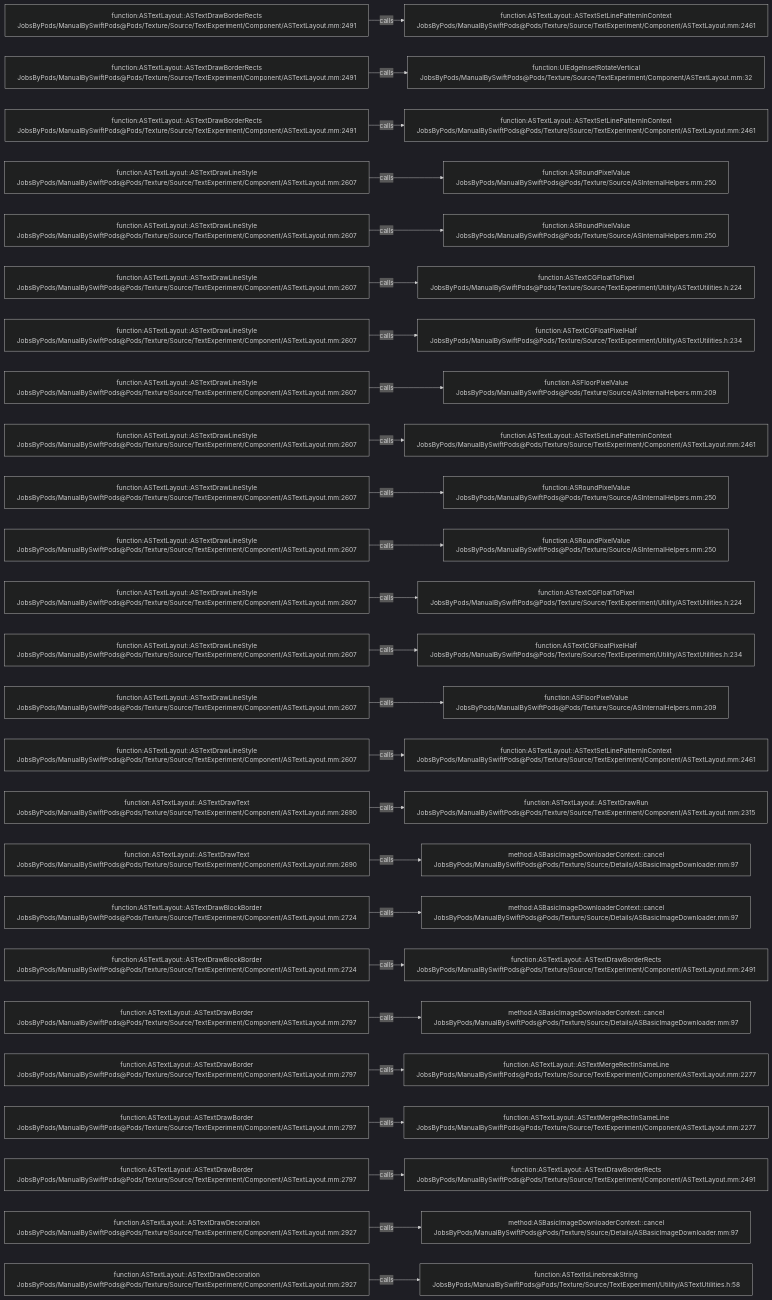
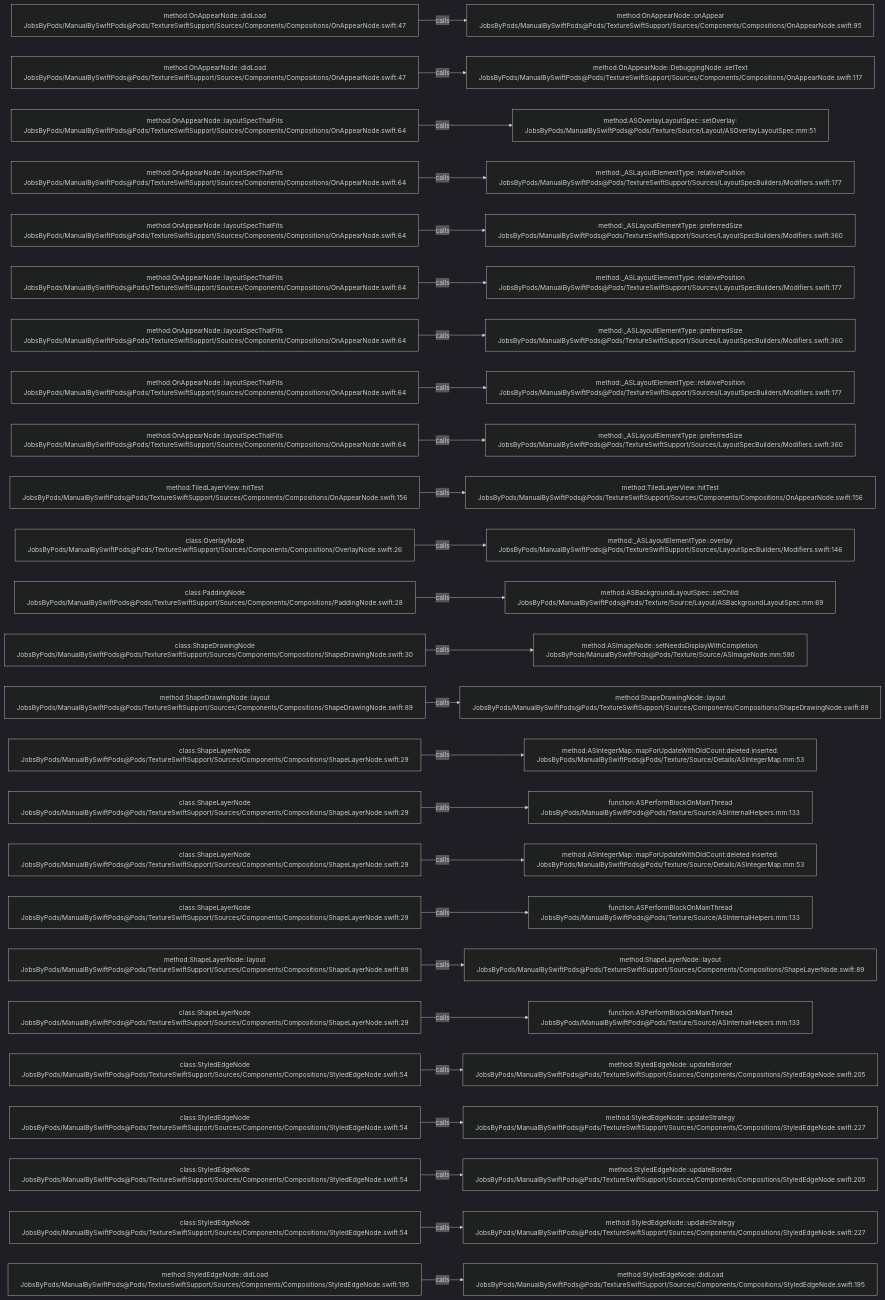
One commit to JobsKits/JobsSwiftBaseConfigDemo changed the diagram in .codegraph/codegraph.md/graphs/calls-154.md. Above: the diagram before and after it, drawn with Mermaid (dark theme). The commit also changed 832 other files, not shown here.

````diff
--- a/.codegraph/codegraph.md/graphs/calls-154.md
+++ b/.codegraph/codegraph.md/graphs/calls-154.md
@@ -13,78 +13,78 @@
 ```mermaid
 flowchart LR
-  S1["function:ASTextLayout::ASTextDrawBorderRects<br/>JobsByPods/ManualBySwiftPods@Pods/Texture/Source/TextExperiment/Component/ASTextLayout.mm:2491"]
-  T1["function:ASTextLayout::ASTextSetLinePatternInContext<br/>JobsByPods/ManualBySwiftPods@Pods/Texture/Source/TextExperiment/Component/ASTextLayout.mm:2461"]
+  S1["method:OnAppearNode::didLoad<br/>JobsByPods/ManualBySwiftPods@Pods/TextureSwiftSupport/Sources/Components/Compositions/OnAppearNode.swift:47"]
+  T1["method:OnAppearNode::onAppear<br/>JobsByPods/ManualBySwiftPods@Pods/TextureSwiftSupport/Sources/Components/Compositions/OnAppearNode.swift:95"]
   S1 -->|calls| T1
-  S2["function:ASTextLayout::ASTextDrawBorderRects<br/>JobsByPods/ManualBySwiftPods@Pods/Texture/Source/TextExperiment/Component/ASTextLayout.mm:2491"]
-  T2["function:UIEdgeInsetRotateVertical<br/>JobsByPods/ManualBySwiftPods@Pods/Texture/Source/TextExperiment/Component/ASTextLayout.mm:32"]
+  S2["method:OnAppearNode::didLoad<br/>JobsByPods/ManualBySwiftPods@Pods/TextureSwiftSupport/Sources/Components/Compositions/OnAppearNode.swift:47"]
+  T2["method:OnAppearNode::DebuggingNode::setText<br/>JobsByPods/ManualBySwiftPods@Pods/TextureSwiftSupport/Sources/Components/Compositions/OnAppearNode.swift:117"]
   S2 -->|calls| T2
-  S3["function:ASTextLayout::ASTextDrawBorderRects<br/>JobsByPods/ManualBySwiftPods@Pods/Texture/Source/TextExperiment/Component/ASTextLayout.mm:2491"]
-  T3["function:ASTextLayout::ASTextSetLinePatternInContext<br/>JobsByPods/ManualBySwiftPods@Pods/Texture/Source/TextExperiment/Component/ASTextLayout.mm:2461"]
+  S3["method:OnAppearNode::layoutSpecThatFits<br/>JobsByPods/ManualBySwiftPods@Pods/TextureSwiftSupport/Sources/Components/Compositions/OnAppearNode.swift:64"]
+  T3["method:ASOverlayLayoutSpec::setOverlay:<br/>JobsByPods/ManualBySwiftPods@Pods/Texture/Source/Layout/ASOverlayLayoutSpec.mm:51"]
   S3 -->|calls| T3
-  S4["function:ASTextLayout::ASTextDrawLineStyle<br/>JobsByPods/ManualBySwiftPods@Pods/Texture/Source/TextExperiment/Component/ASTextLayout.mm:2607"]
-  T4["function:ASRoundPixelValue<br/>JobsByPods/ManualBySwiftPods@Pods/Texture/Source/ASInternalHelpers.mm:250"]
+  S4["method:OnAppearNode::layoutSpecThatFits<br/>JobsByPods/ManualBySwiftPods@Pods/TextureSwiftSupport/Sources/Components/Compositions/OnAppearNode.swift:64"]
+  T4["method:_ASLayoutElementType::relativePosition<br/>JobsByPods/ManualBySwiftPods@Pods/TextureSwiftSupport/Sources/LayoutSpecBuilders/Modifiers.swift:177"]
   S4 -->|calls| T4
-  S5["function:ASTextLayout::ASTextDrawLineStyle<br/>JobsByPods/ManualBySwiftPods@Pods/Texture/Source/TextExperiment/Component/ASTextLayout.mm:2607"]
-  T5["function:ASRoundPixelValue<br/>JobsByPods/ManualBySwiftPods@Pods/Texture/Source/ASInternalHelpers.mm:250"]
+  S5["method:OnAppearNode::layoutSpecThatFits<br/>JobsByPods/ManualBySwiftPods@Pods/TextureSwiftSupport/Sources/Components/Compositions/OnAppearNode.swift:64"]
+  T5["method:_ASLayoutElementType::preferredSize<br/>JobsByPods/ManualBySwiftPods@Pods/TextureSwiftSupport/Sources/LayoutSpecBuilders/Modifiers.swift:360"]
   S5 -->|calls| T5
-  S6["function:ASTextLayout::ASTextDrawLineStyle<br/>JobsByPods/ManualBySwiftPods@Pods/Texture/Source/TextExperiment/Component/ASTextLayout.mm:2607"]
-  T6["function:ASTextCGFloatToPixel<br/>JobsByPods/ManualBySwiftPods@Pods/Texture/Source/TextExperiment/Utility/ASTextUtilities.h:224"]
+  S6["method:OnAppearNode::layoutSpecThatFits<br/>JobsByPods/ManualBySwiftPods@Pods/TextureSwiftSupport/Sources/Components/Compositions/OnAppearNode.swift:64"]
+  T6["method:_ASLayoutElementType::relativePosition<br/>JobsByPods/ManualBySwiftPods@Pods/TextureSwiftSupport/Sources/LayoutSpecBuilders/Modifiers.swift:177"]
   S6 -->|calls| T6
-  S7["function:ASTextLayout::ASTextDrawLineStyle<br/>JobsByPods/ManualBySwiftPods@Pods/Texture/Source/TextExperiment/Component/ASTextLayout.mm:2607"]
-  T7["function:ASTextCGFloatPixelHalf<br/>JobsByPods/ManualBySwiftPods@Pods/Texture/Source/TextExperiment/Utility/ASTextUtilities.h:234"]
+  S7["method:OnAppearNode::layoutSpecThatFits<br/>JobsByPods/ManualBySwiftPods@Pods/TextureSwiftSupport/Sources/Components/Compositions/OnAppearNode.swift:64"]
+  T7["method:_ASLayoutElementType::preferredSize<br/>JobsByPods/ManualBySwiftPods@Pods/TextureSwiftSupport/Sources/LayoutSpecBuilders/Modifiers.swift:360"]
   S7 -->|calls| T7
-  S8["function:ASTextLayout::ASTextDrawLineStyle<br/>JobsByPods/ManualBySwiftPods@Pods/Texture/Source/TextExperiment/Component/ASTextLayout.mm:2607"]
-  T8["function:ASFloorPixelValue<br/>JobsByPods/ManualBySwiftPods@Pods/Texture/Source/ASInternalHelpers.mm:209"]
+  S8["method:OnAppearNode::layoutSpecThatFits<br/>JobsByPods/ManualBySwiftPods@Pods/TextureSwiftSupport/Sources/Components/Compositions/OnAppearNode.swift:64"]
+  T8["method:_ASLayoutElementType::relativePosition<br/>JobsByPods/ManualBySwiftPods@Pods/TextureSwiftSupport/Sources/LayoutSpecBuilders/Modifiers.swift:177"]
   S8 -->|calls| T8
-  S9["function:ASTextLayout::ASTextDrawLineStyle<br/>JobsByPods/ManualBySwiftPods@Pods/Texture/Source/TextExperiment/Component/ASTextLayout.mm:2607"]
-  T9["function:ASTextLayout::ASTextSetLinePatternInContext<br/>JobsByPods/ManualBySwiftPods@Pods/Texture/Source/TextExperiment/Component/ASTextLayout.mm:2461"]
+  S9["method:OnAppearNode::layoutSpecThatFits<br/>JobsByPods/ManualBySwiftPods@Pods/TextureSwiftSupport/Sources/Components/Compositions/OnAppearNode.swift:64"]
+  T9["method:_ASLayoutElementType::preferredSize<br/>JobsByPods/ManualBySwiftPods@Pods/TextureSwiftSupport/Sources/LayoutSpecBuilders/Modifiers.swift:360"]
   S9 -->|calls| T9
-  S10["function:ASTextLayout::ASTextDrawLineStyle<br/>JobsByPods/ManualBySwiftPods@Pods/Texture/Source/TextExperiment/Component/ASTextLayout.mm:2607"]
-  T10["function:ASRoundPixelValue<br/>JobsByPods/ManualBySwiftPods@Pods/Texture/Source/ASInternalHelpers.mm:250"]
+  S10["method:TiledLayerView::hitTest<br/>JobsByPods/ManualBySwiftPods@Pods/TextureSwiftSupport/Sources/Components/Compositions/OnAppearNode.swift:156"]
+  T10["method:TiledLayerView::hitTest<br/>JobsByPods/ManualBySwiftPods@Pods/TextureSwiftSupport/Sources/Components/Compositions/OnAppearNode.swift:156"]
   S10 -->|calls| T10
-  S11["function:ASTextLayout::ASTextDrawLineStyle<br/>JobsByPods/ManualBySwiftPods@Pods/Texture/Source/TextExperiment/Component/ASTextLayout.mm:2607"]
-  T11["function:ASRoundPixelValue<br/>JobsByPods/ManualBySwiftPods@Pods/Texture/Source/ASInternalHelpers.mm:250"]
+  S11["class:OverlayNode<br/>JobsByPods/ManualBySwiftPods@Pods/TextureSwiftSupport/Sources/Components/Compositions/OverlayNode.swift:26"]
+  T11["method:_ASLayoutElementType::overlay<br/>JobsByPods/ManualBySwiftPods@Pods/TextureSwiftSupport/Sources/LayoutSpecBuilders/Modifiers.swift:146"]
   S11 -->|calls| T11
-  S12["function:ASTextLayout::ASTextDrawLineStyle<br/>JobsByPods/ManualBySwiftPods@Pods/Texture/Source/TextExperiment/Component/ASTextLayout.mm:2607"]
-  T12["function:ASTextCGFloatToPixel<br/>JobsByPods/ManualBySwiftPods@Pods/Texture/Source/TextExperiment/Utility/ASTextUtilities.h:224"]
+  S12["class:PaddingNode<br/>JobsByPods/ManualBySwiftPods@Pods/TextureSwiftSupport/Sources/Components/Compositions/PaddingNode.swift:28"]
+  T12["method:ASBackgroundLayoutSpec::setChild:<br/>JobsByPods/ManualBySwiftPods@Pods/Texture/Source/Layout/ASBackgroundLayoutSpec.mm:69"]
   S12 -->|calls| T12
-  S13["function:ASTextLayout::ASTextDrawLineStyle<br/>JobsByPods/ManualBySwiftPods@Pods/Texture/Source/TextExperiment/Component/ASTextLayout.mm:2607"]
-  T13["function:ASTextCGFloatPixelHalf<br/>JobsByPods/ManualBySwiftPods@Pods/Texture/Source/TextExperiment/Utility/ASTextUtilities.h:234"]
+  S13["class:ShapeDrawingNode<br/>JobsByPods/ManualBySwiftPods@Pods/TextureSwiftSupport/Sources/Components/Compositions/ShapeDrawingNode.swift:30"]
+  T13["method:ASImageNode::setNeedsDisplayWithCompletion:<br/>JobsByPods/ManualBySwiftPods@Pods/Texture/Source/ASImageNode.mm:590"]
   S13 -->|calls| T13
-  S14["function:ASTextLayout::ASTextDrawLineStyle<br/>JobsByPods/ManualBySwiftPods@Pods/Texture/Source/TextExperiment/Component/ASTextLayout.mm:2607"]
-  T14["function:ASFloorPixelValue<br/>JobsByPods/ManualBySwiftPods@Pods/Texture/Source/ASInternalHelpers.mm:209"]
+  S14["method:ShapeDrawingNode::layout<br/>JobsByPods/ManualBySwiftPods@Pods/TextureSwiftSupport/Sources/Components/Compositions/ShapeDrawingNode.swift:89"]
+  T14["method:ShapeDrawingNode::layout<br/>JobsByPods/ManualBySwiftPods@Pods/TextureSwiftSupport/Sources/Components/Compositions/ShapeDrawingNode.swift:89"]
   S14 -->|calls| T14
-  S15["function:ASTextLayout::ASTextDrawLineStyle<br/>JobsByPods/ManualBySwiftPods@Pods/Texture/Source/TextExperiment/Component/ASTextLayout.mm:2607"]
-  T15["function:ASTextLayout::ASTextSetLinePatternInContext<br/>JobsByPods/ManualBySwiftPods@Pods/Texture/Source/TextExperiment/Component/ASTextLayout.mm:2461"]
+  S15["class:ShapeLayerNode<br/>JobsByPods/ManualBySwiftPods@Pods/TextureSwiftSupport/Sources/Components/Compositions/ShapeLayerNode.swift:29"]
+  T15["method:ASIntegerMap::mapForUpdateWithOldCount:deleted:inserted:<br/>JobsByPods/ManualBySwiftPods@Pods/Texture/Source/Details/ASIntegerMap.mm:53"]
   S15 -->|calls| T15
-  S16["function:ASTextLayout::ASTextDrawText<br/>JobsByPods/ManualBySwiftPods@Pods/Texture/Source/TextExperiment/Component/ASTextLayout.mm:2690"]
-  T16["function:ASTextLayout::ASTextDrawRun<br/>JobsByPods/ManualBySwiftPods@Pods/Texture/Source/TextExperiment/Component/ASTextLayout.mm:2315"]
+  S16["class:ShapeLayerNode<br/>JobsByPods/ManualBySwiftPods@Pods/TextureSwiftSupport/Sources/Components/Compositions/ShapeLayerNode.swift:29"]
+  T16["function:ASPerformBlockOnMainThread<br/>JobsByPods/ManualBySwiftPods@Pods/Texture/Source/ASInternalHelpers.mm:133"]
   S16 -->|calls| T16
-  S17["function:ASTextLayout::ASTextDrawText<br/>JobsByPods/ManualBySwiftPods@Pods/Texture/Source/TextExperiment/Component/ASTextLayout.mm:2690"]
-  T17["method:ASBasicImageDownloaderContext::cancel<br/>JobsByPods/ManualBySwiftPods@Pods/Texture/Source/Details/ASBasicImageDownloader.mm:97"]
+  S17["class:ShapeLayerNode<br/>JobsByPods/ManualBySwiftPods@Pods/TextureSwiftSupport/Sources/Components/Compositions/ShapeLayerNode.swift:29"]
+  T17["method:ASIntegerMap::mapForUpdateWithOldCount:deleted:inserted:<br/>JobsByPods/ManualBySwiftPods@Pods/Texture/Source/Details/ASIntegerMap.mm:53"]
   S17 -->|calls| T17
-  S18["function:ASTextLayout::ASTextDrawBlockBorder<br/>JobsByPods/ManualBySwiftPods@Pods/Texture/Source/TextExperiment/Component/ASTextLayout.mm:2724"]
-  T18["method:ASBasicImageDownloaderContext::cancel<br/>JobsByPods/ManualBySwiftPods@Pods/Texture/Source/Details/ASBasicImageDownloader.mm:97"]
+  S18["class:ShapeLayerNode<br/>JobsByPods/ManualBySwiftPods@Pods/TextureSwiftSupport/Sources/Components/Compositions/ShapeLayerNode.swift:29"]
+  T18["function:ASPerformBlockOnMainThread<br/>JobsByPods/ManualBySwiftPods@Pods/Texture/Source/ASInternalHelpers.mm:133"]
   S18 -->|calls| T18
-  S19["function:ASTextLayout::ASTextDrawBlockBorder<br/>JobsByPods/ManualBySwiftPods@Pods/Texture/Source/TextExperiment/Component/ASTextLayout.mm:2724"]
-  T19["function:ASTextLayout::ASTextDrawBorderRects<br/>JobsByPods/ManualBySwiftPods@Pods/Texture/Source/TextExperiment/Component/ASTextLayout.mm:2491"]
+  S19["method:ShapeLayerNode::layout<br/>JobsByPods/ManualBySwiftPods@Pods/TextureSwiftSupport/Sources/Components/Compositions/ShapeLayerNode.swift:89"]
+  T19["method:ShapeLayerNode::layout<br/>JobsByPods/ManualBySwiftPods@Pods/TextureSwiftSupport/Sources/Components/Compositions/ShapeLayerNode.swift:89"]
   S19 -->|calls| T19
-  S20["function:ASTextLayout::ASTextDrawBorder<br/>JobsByPods/ManualBySwiftPods@Pods/Texture/Source/TextExperiment/Component/ASTextLayout.mm:2797"]
-  T20["method:ASBasicImageDownloaderContext::cancel<br/>JobsByPods/ManualBySwiftPods@Pods/Texture/Source/Details/ASBasicImageDownloader.mm:97"]
+  S20["class:ShapeLayerNode<br/>JobsByPods/ManualBySwiftPods@Pods/TextureSwiftSupport/Sources/Components/Compositions/ShapeLayerNode.swift:29"]
+  T20["function:ASPerformBlockOnMainThread<br/>JobsByPods/ManualBySwiftPods@Pods/Texture/Source/ASInternalHelpers.mm:133"]
   S20 -->|calls| T20
-  S21["function:ASTextLayout::ASTextDrawBorder<br/>JobsByPods/ManualBySwiftPods@Pods/Texture/Source/TextExperiment/Component/ASTextLayout.mm:2797"]
-  T21["function:ASTextLayout::ASTextMergeRectInSameLine<br/>JobsByPods/ManualBySwiftPods@Pods/Texture/Source/TextExperiment/Component/ASTextLayout.mm:2277"]
+  S21["class:StyledEdgeNode<br/>JobsByPods/ManualBySwiftPods@Pods/TextureSwiftSupport/Sources/Components/Compositions/StyledEdgeNode.swift:54"]
+  T21["method:StyledEdgeNode::updateBorder<br/>JobsByPods/ManualBySwiftPods@Pods/TextureSwiftSupport/Sources/Components/Compositions/StyledEdgeNode.swift:205"]
   S21 -->|calls| T21
-  S22["function:ASTextLayout::ASTextDrawBorder<br/>JobsByPods/ManualBySwiftPods@Pods/Texture/Source/TextExperiment/Component/ASTextLayout.mm:2797"]
-  T22["function:ASTextLayout::ASTextMergeRectInSameLine<br/>JobsByPods/ManualBySwiftPods@Pods/Texture/Source/TextExperiment/Component/ASTextLayout.mm:2277"]
+  S22["class:StyledEdgeNode<br/>JobsByPods/ManualBySwiftPods@Pods/TextureSwiftSupport/Sources/Components/Compositions/StyledEdgeNode.swift:54"]
+  T22["method:StyledEdgeNode::updateStrategy<br/>JobsByPods/ManualBySwiftPods@Pods/TextureSwiftSupport/Sources/Components/Compositions/StyledEdgeNode.swift:227"]
   S22 -->|calls| T22
-  S23["function:ASTextLayout::ASTextDrawBorder<br/>JobsByPods/ManualBySwiftPods@Pods/Texture/Source/TextExperiment/Component/ASTextLayout.mm:2797"]
-  T23["function:ASTextLayout::ASTextDrawBorderRects<br/>JobsByPods/ManualBySwiftPods@Pods/Texture/Source/TextExperiment/Component/ASTextLayout.mm:2491"]
+  S23["class:StyledEdgeNode<br/>JobsByPods/ManualBySwiftPods@Pods/TextureSwiftSupport/Sources/Components/Compositions/StyledEdgeNode.swift:54"]
+  T23["method:StyledEdgeNode::updateBorder<br/>JobsByPods/ManualBySwiftPods@Pods/TextureSwiftSupport/Sources/Components/Compositions/StyledEdgeNode.swift:205"]
   S23 -->|calls| T23
-  S24["function:ASTextLayout::ASTextDrawDecoration<br/>JobsByPods/ManualBySwiftPods@Pods/Texture/Source/TextExperiment/Component/ASTextLayout.mm:2927"]
-  T24["method:ASBasicImageDownloaderContext::cancel<br/>JobsByPods/ManualBySwiftPods@Pods/Texture/Source/Details/ASBasicImageDownloader.mm:97"]
+  S24["class:StyledEdgeNode<br/>JobsByPods/ManualBySwiftPods@Pods/TextureSwiftSupport/Sources/Components/Compositions/StyledEdgeNode.swift:54"]
+  T24["method:StyledEdgeNode::updateStrategy<br/>JobsByPods/ManualBySwiftPods@Pods/TextureSwiftSupport/Sources/Components/Compositions/StyledEdgeNode.swift:227"]
   S24 -->|calls| T24
-  S25["function:ASTextLayout::ASTextDrawDecoration<br/>JobsByPods/ManualBySwiftPods@Pods/Texture/Source/TextExperiment/Component/ASTextLayout.mm:2927"]
-  T25["function:ASTextIsLinebreakString<br/>JobsByPods/ManualBySwiftPods@Pods/Texture/Source/TextExperiment/Utility/ASTextUtilities.h:58"]
+  S25["method:StyledEdgeNode::didLoad<br/>JobsByPods/ManualBySwiftPods@Pods/TextureSwiftSupport/Sources/Components/Compositions/StyledEdgeNode.swift:195"]
+  T25["method:StyledEdgeNode::didLoad<br/>JobsByPods/ManualBySwiftPods@Pods/TextureSwiftSupport/Sources/Components/Compositions/StyledEdgeNode.swift:195"]
   S25 -->|calls| T25
 ```
````
